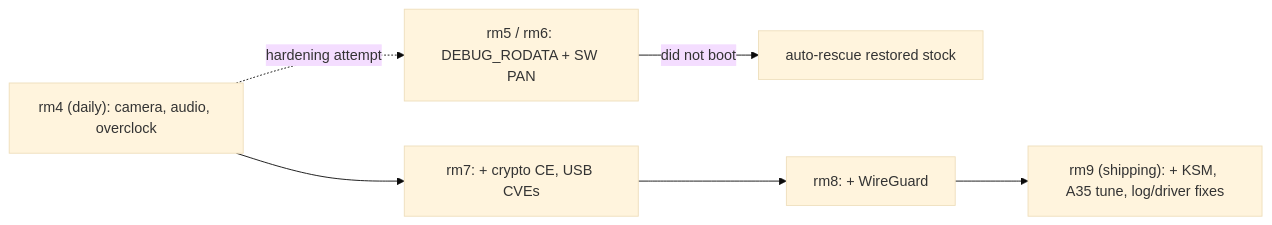
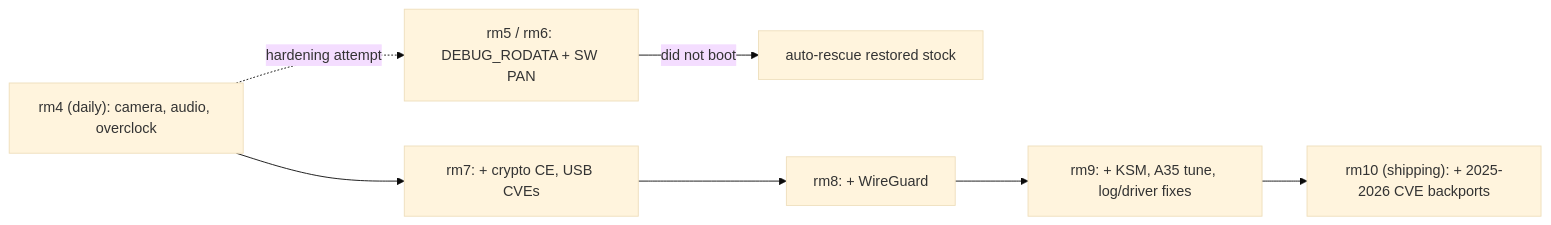
The first of 2 diagrams in README.md (milouk/mls-maic), drawn with Mermaid (base theme) before and after one commit. The commit also changed other lines of this file and 8 other files, not shown here.

````diff
--- a/README.md
+++ b/README.md
@@ -126,8 +135,9 @@
 ```mermaid
 flowchart LR
     rm4["rm4 (daily): camera, audio, overclock"] --> rm7["rm7: + crypto CE, USB CVEs"]
     rm4 -.->|hardening attempt| rm56["rm5 / rm6: DEBUG_RODATA + SW PAN"]
     rm56 -->|"did not boot"| rescue["auto-rescue restored stock"]
     rm7 --> rm8["rm8: + WireGuard"]
-    rm8 --> rm9["rm9 (shipping): + KSM, A35 tune, log/driver fixes"]
+    rm8 --> rm9["rm9: + KSM, A35 tune, log/driver fixes"]
+    rm9 --> rm10["rm10 (shipping): + 2025-2026 CVE backports"]
 ```
````
